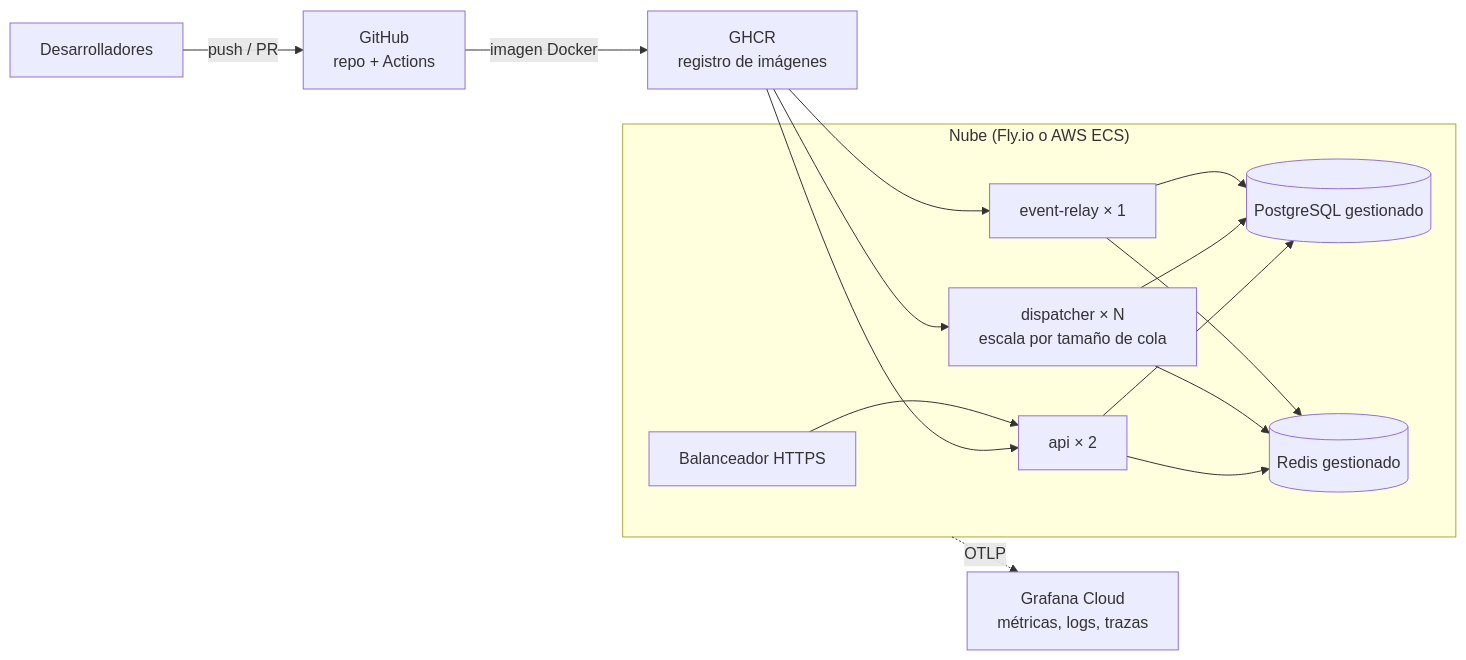
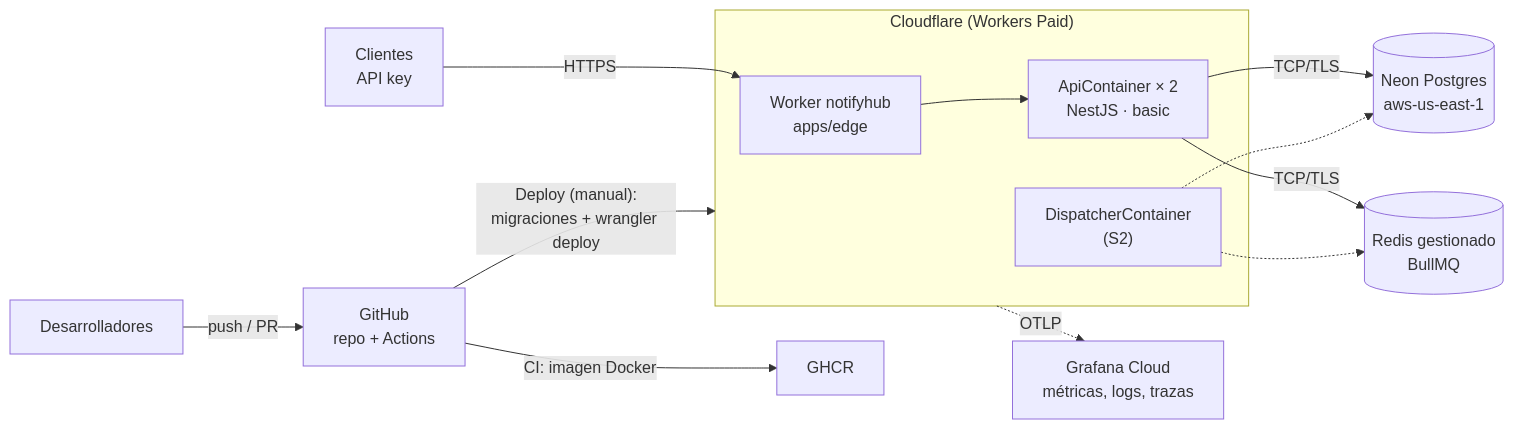
The diagram in docs/diagrams/07-despliegue.mmd (joseraulsoriano/notifyhub), drawn with Mermaid before and after one commit. The commit also changed 15 other files, not shown here.

First line of the commit message:
ci: SCRUM-50 despliegue en Cloudflare Containers con Neon

```diff
--- a/docs/diagrams/07-despliegue.mmd
+++ b/docs/diagrams/07-despliegue.mmd
@@ -1,22 +1,16 @@
 flowchart LR
   dev["Desarrolladores"] -- "push / PR" --> gh["GitHub<br/>repo + Actions"]
-  gh -- "imagen Docker" --> reg["GHCR<br/>registro de imágenes"]
-  subgraph cloud["Nube (Fly.io o AWS ECS)"]
-    lb["Balanceador HTTPS"]
-    api["api × 2"]
-    wk["dispatcher × N<br/>escala por tamaño de cola"]
-    rl["event-relay × 1"]
-    pg[("PostgreSQL gestionado")]
-    rd[("Redis gestionado")]
+  gh -- "CI: imagen Docker" --> reg["GHCR"]
+  gh -- "Deploy (manual):<br/>migraciones + wrangler deploy" --> cf
+  subgraph cf["Cloudflare (Workers Paid)"]
+    edge["Worker notifyhub<br/>apps/edge"]
+    api["ApiContainer × 2<br/>NestJS · basic"]
+    wk["DispatcherContainer<br/>(S2)"]
+    edge --> api
   end
-  reg --> api
-  reg --> wk
-  reg --> rl
-  lb --> api
-  api --> pg
-  api --> rd
-  wk --> rd
-  wk --> pg
-  rl --> pg
-  rl --> rd
-  cloud -. "OTLP" .-> gc["Grafana Cloud<br/>métricas, logs, trazas"]
+  cli["Clientes<br/>API key"] -- "HTTPS" --> edge
+  api -- "TCP/TLS" --> pg[("Neon Postgres<br/>aws-us-east-1")]
+  api -- "TCP/TLS" --> rd[("Redis gestionado<br/>BullMQ")]
+  wk -.-> rd
+  wk -.-> pg
+  cf -. "OTLP" .-> gc["Grafana Cloud<br/>métricas, logs, trazas"]
```
